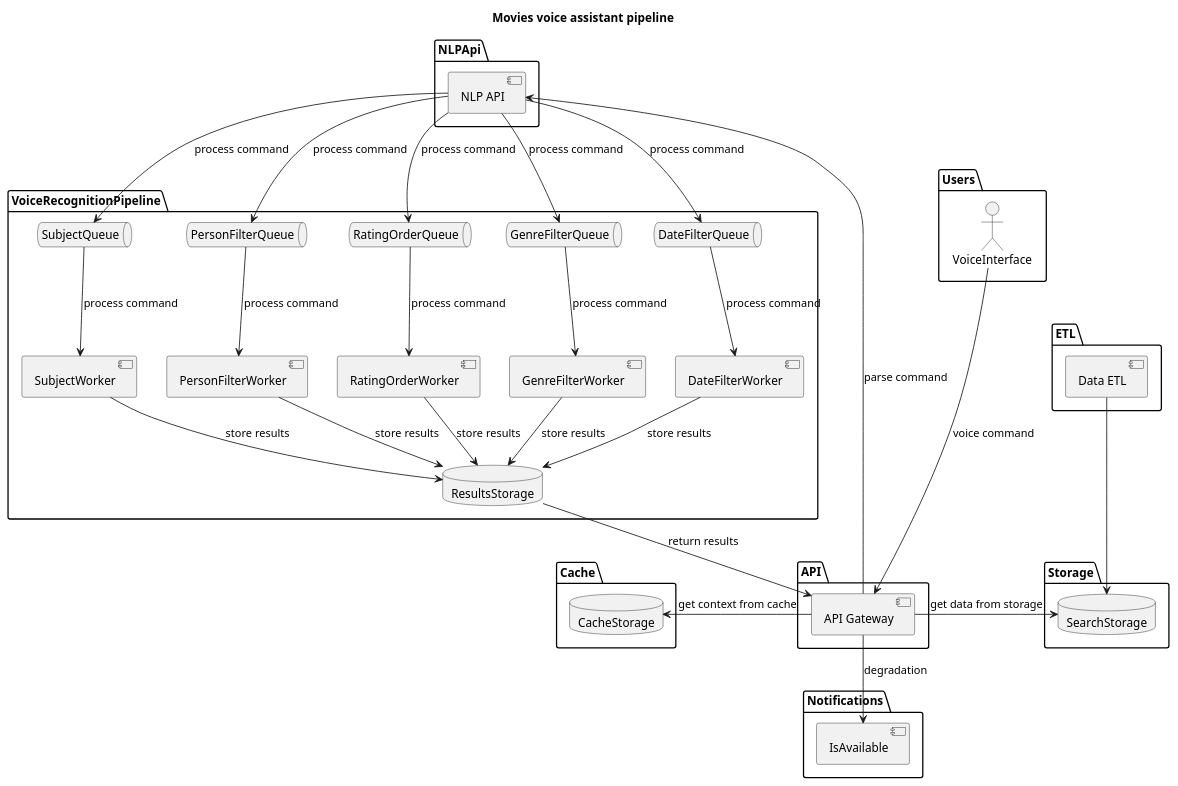
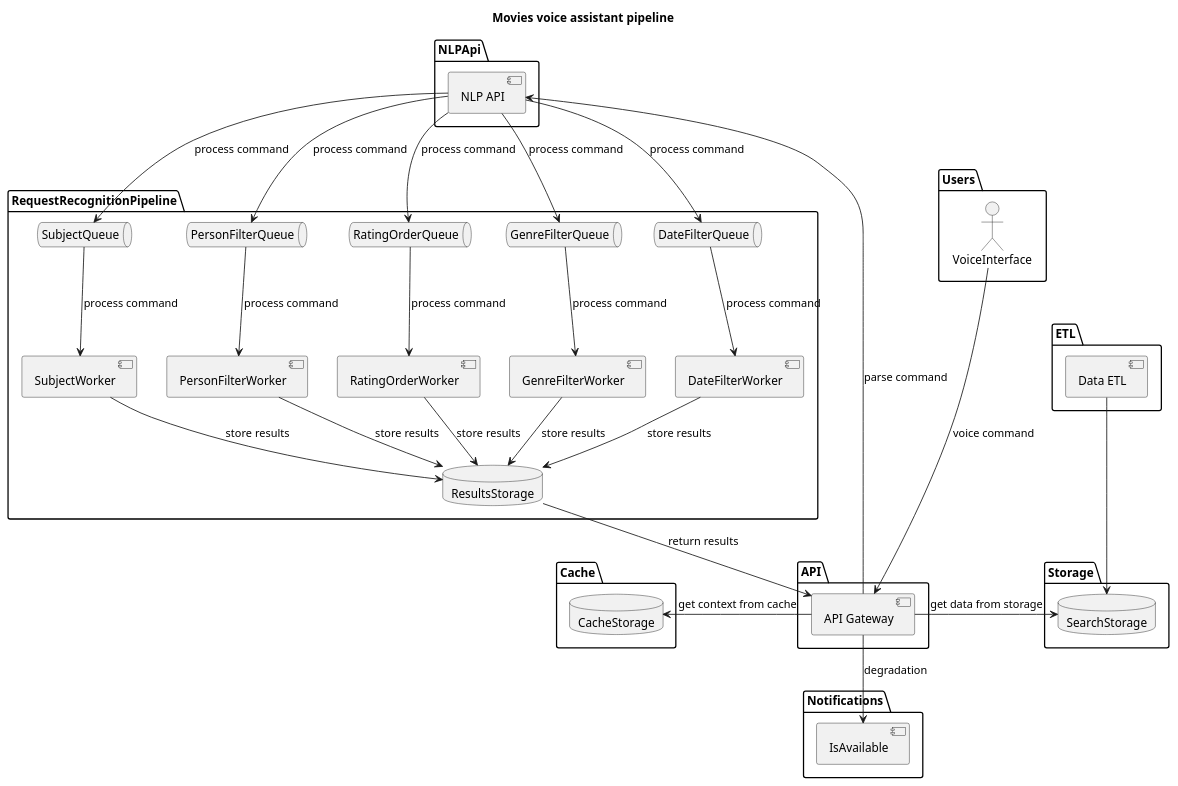
One commit to artwist-polyakov/voice_assistant_midpy changed the diagram in docs/s2-project.puml. Above: the diagram before and after it, drawn with PlantUML. The commit also changed 1 other file, not shown here.

```diff
--- a/docs/s2-project.puml
+++ b/docs/s2-project.puml
@@ -1,77 +1,77 @@
 @startuml
 
 title
 <b>Movies voice assistant pipeline</b>
 end title
 
 package Users {
     actor VoiceInterface
 
 }
 
 package ETL {
     [Data ETL]
 }
 
 package API {
     [API Gateway]
 }
 
 package Storage {
    database SearchStorage
 }
 
 package Cache {
     database CacheStorage
 }
 
 package  Notifications {
     [IsAvailable]
 }
 
 package NLPApi {
     [NLP API]
 }
 
-package VoiceRecognitionPipeline {
+package RequestRecognitionPipeline {
     queue SubjectQueue
     queue PersonFilterQueue
     queue RatingOrderQueue
     queue GenreFilterQueue
     queue DateFilterQueue
     database ResultsStorage
     [SubjectWorker]
     [PersonFilterWorker]
     [RatingOrderWorker]
     [GenreFilterWorker]
     [DateFilterWorker]
 }
 
 VoiceInterface --down--> [API Gateway] : voice command
 [API Gateway] --> [NLP API] : parse command
 [NLP API] --> SubjectQueue : process command
 [NLP API] --> PersonFilterQueue : process command
 [NLP API] --> RatingOrderQueue : process command
 [NLP API] --> GenreFilterQueue : process command
 [NLP API] --> DateFilterQueue : process command
 SubjectQueue --> [SubjectWorker] : process command
 PersonFilterQueue --> [PersonFilterWorker] : process command
 RatingOrderQueue --> [RatingOrderWorker] : process command
 GenreFilterQueue --> [GenreFilterWorker] : process command
 DateFilterQueue --> [DateFilterWorker] : process command
 [SubjectWorker] --> ResultsStorage : store results
 [PersonFilterWorker] --> ResultsStorage : store results
 [RatingOrderWorker] --> ResultsStorage : store results
 [GenreFilterWorker] --> ResultsStorage : store results
 [DateFilterWorker] --> ResultsStorage : store results
 ResultsStorage --> [API Gateway] : return results
 
 [API Gateway] -left-> CacheStorage : get context from cache
 
 [API Gateway] -right-> SearchStorage : get data from storage
 
 [Data ETL]  --down-> SearchStorage
 
 [API Gateway] --> [IsAvailable] : degradation
 
 @enduml
```
